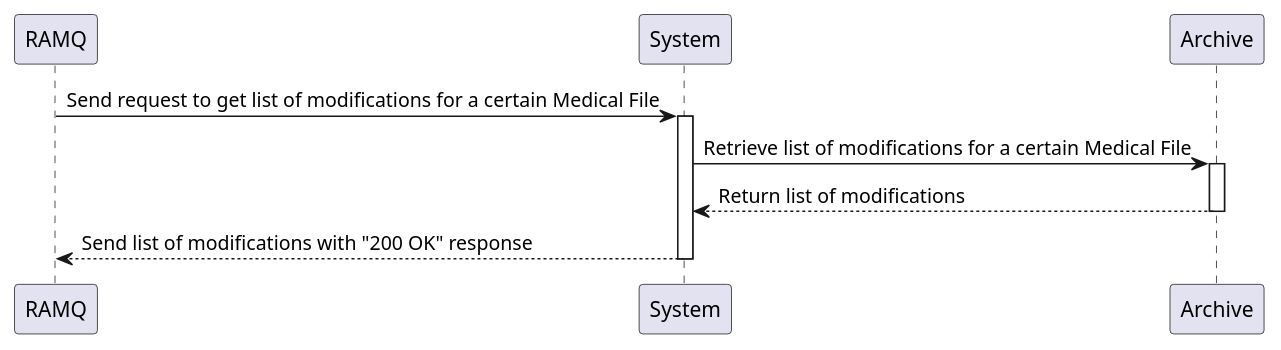
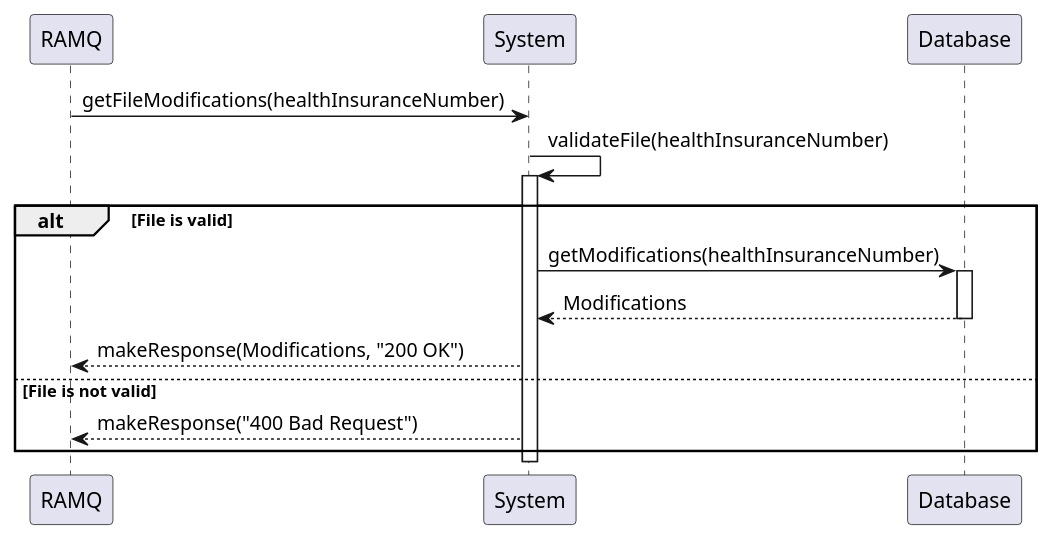
The diagram in plantUml/sequence-get-modification.puml (KevenJAntenor/Quebec-Centralized-Medical-Record-System), drawn with PlantUML before and after one commit. The commit also changed 2 other files, not shown here.

Commit message:
fix: diagram sequence

```diff
--- a/plantUml/sequence-get-modification.puml
+++ b/plantUml/sequence-get-modification.puml
@@ -1,17 +1,22 @@
 @startuml
 
 participant "RAMQ" as RAMQ
 participant "System" as System
-participant "Archive" as Archive
+participant "Database" as Database
 
-RAMQ -> System: Send request to get list of modifications for a certain Medical File
-activate System
-System -> Archive: Retrieve list of modifications for a certain Medical File
-activate Archive
-Archive --> System: Return list of modifications
-deactivate Archive
-System --> RAMQ: Send list of modifications with "200 OK" response
+RAMQ -> System: getFileModifications(healthInsuranceNumber)
+System -> System: validateFile(healthInsuranceNumber)
+alt File is valid
+    activate System
+    System -> Database: getModifications(healthInsuranceNumber)
+    activate Database
+    Database --> System: Modifications
+    deactivate Database
+    System --> RAMQ: makeResponse(Modifications, "200 OK")
+    else File is not valid
+        System --> RAMQ: makeResponse("400 Bad Request")
+    end
 
 deactivate System
 
 @enduml
```
